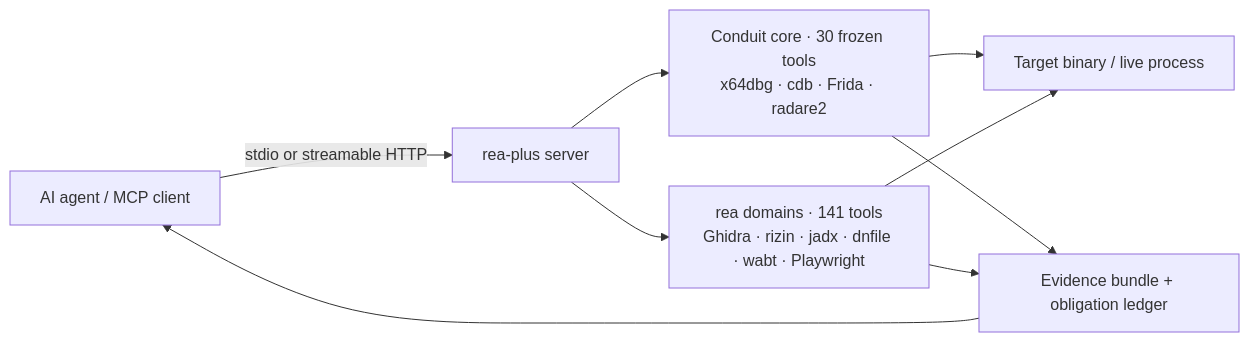
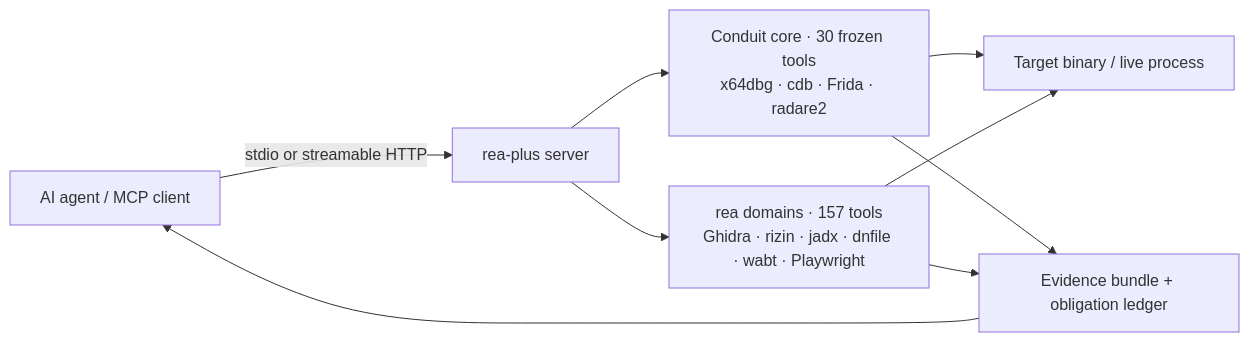
Before and after one commit to Alyhnte/Rea-Plus: the diagram in README.md, drawn with Mermaid. The commit also changed other lines of this file and 10 other files, not shown here.

````diff
--- a/README.md
+++ b/README.md
@@ -208,11 +215,11 @@
 ```mermaid
 flowchart LR
     A["AI agent / MCP client"] -->|stdio or streamable HTTP| S["rea-plus server"]
     S --> C["Conduit core · 30 frozen tools<br/>x64dbg · cdb · Frida · radare2"]
-    S --> D["rea domains · 141 tools<br/>Ghidra · rizin · jadx · dnfile · wabt · Playwright"]
+    S --> D["rea domains · 157 tools<br/>Ghidra · rizin · jadx · dnfile · wabt · Playwright"]
     C --> T["Target binary / live process"]
     D --> T
     C --> E["Evidence bundle + obligation ledger"]
     D --> E
     E --> A
 ```
````
